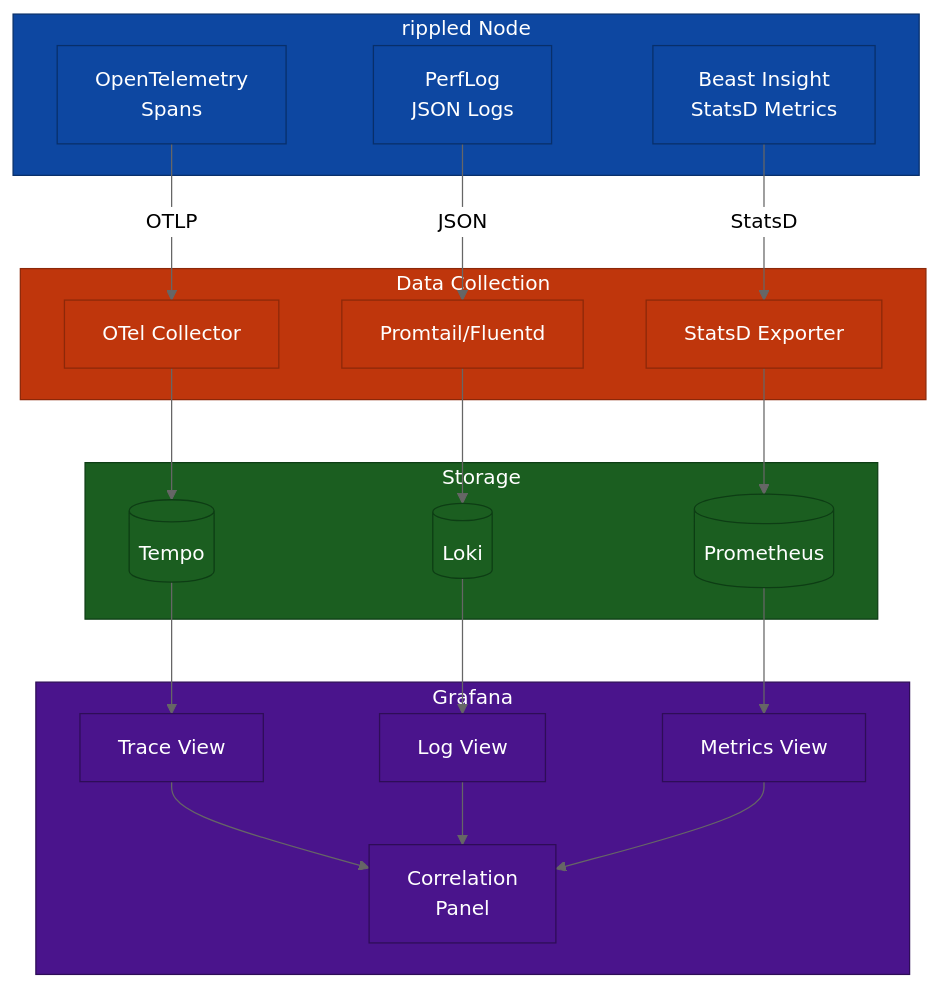
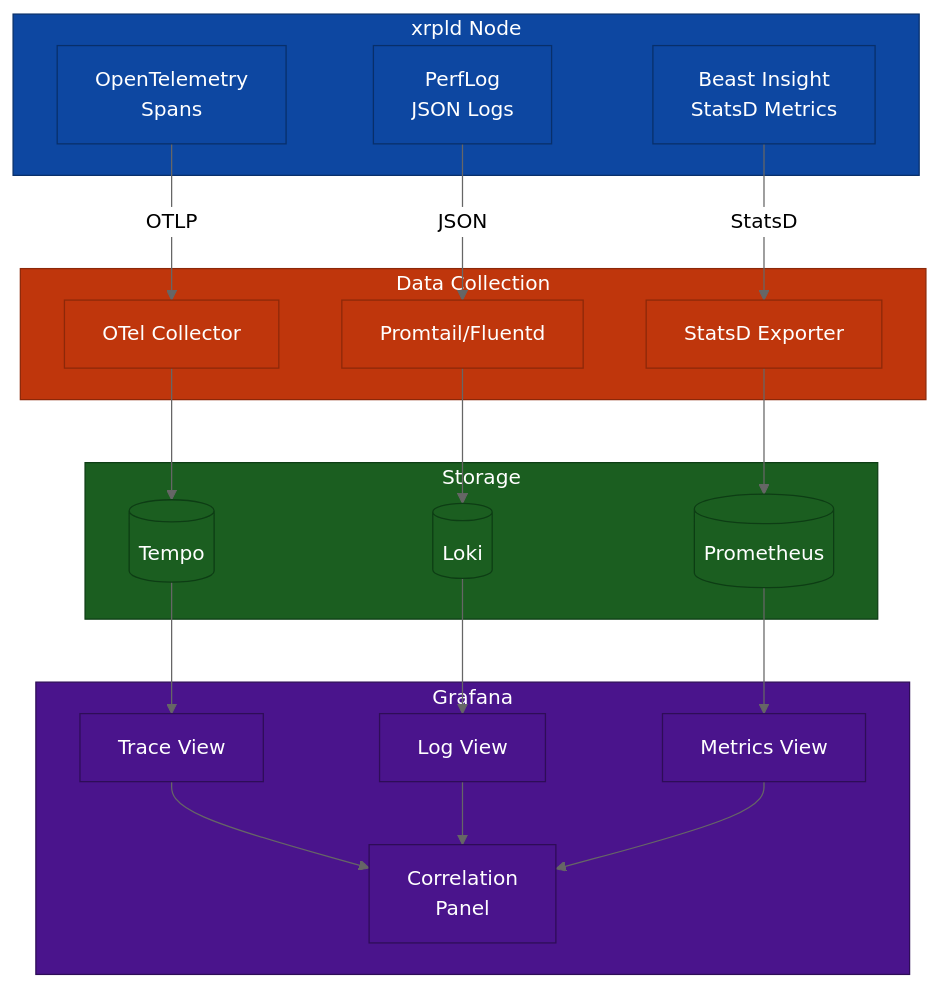
Before and after one commit to XRPLF/rippled: the fourth of 4 diagrams in OpenTelemetryPlan/07-observability-backends.md, drawn with Mermaid (neutral theme). The commit also changed other lines of this file and 10 other files, not shown here.

````diff
--- a/OpenTelemetryPlan/07-observability-backends.md
+++ b/OpenTelemetryPlan/07-observability-backends.md
@@ -443,57 +443,57 @@
 ```mermaid
 flowchart TB
-    subgraph rippled["rippled Node"]
+    subgraph xrpld["xrpld Node"]
         otel[OpenTelemetry<br/>Spans]
         perflog[PerfLog<br/>JSON Logs]
         insight[Beast Insight<br/>StatsD Metrics]
     end
 
     subgraph collectors["Data Collection"]
         otelc[OTel Collector]
         promtail[Promtail/Fluentd]
         statsd[StatsD Exporter]
     end
 
     subgraph storage["Storage"]
         tempo[(Tempo)]
         loki[(Loki)]
         prom[(Prometheus)]
     end
 
     subgraph grafana["Grafana"]
         traces[Trace View]
         logs[Log View]
         metrics[Metrics View]
         corr[Correlation<br/>Panel]
     end
 
     otel -->|OTLP| otelc --> tempo
     perflog -->|JSON| promtail --> loki
     insight -->|StatsD| statsd --> prom
 
     tempo --> traces
     loki --> logs
     prom --> metrics
 
     traces --> corr
     logs --> corr
     metrics --> corr
 
-    style rippled fill:#0d47a1,stroke:#082f6a,color:#fff
+    style xrpld fill:#0d47a1,stroke:#082f6a,color:#fff
     style collectors fill:#bf360c,stroke:#8c2809,color:#fff
     style storage fill:#1b5e20,stroke:#0d3d14,color:#fff
     style grafana fill:#4a148c,stroke:#2e0d57,color:#fff
     style otel fill:#0d47a1,stroke:#082f6a,color:#fff
     style perflog fill:#0d47a1,stroke:#082f6a,color:#fff
     style insight fill:#0d47a1,stroke:#082f6a,color:#fff
     style otelc fill:#bf360c,stroke:#8c2809,color:#fff
     style promtail fill:#bf360c,stroke:#8c2809,color:#fff
     style statsd fill:#bf360c,stroke:#8c2809,color:#fff
     style tempo fill:#1b5e20,stroke:#0d3d14,color:#fff
     style loki fill:#1b5e20,stroke:#0d3d14,color:#fff
     style prom fill:#1b5e20,stroke:#0d3d14,color:#fff
     style traces fill:#4a148c,stroke:#2e0d57,color:#fff
     style logs fill:#4a148c,stroke:#2e0d57,color:#fff
     style metrics fill:#4a148c,stroke:#2e0d57,color:#fff
     style corr fill:#4a148c,stroke:#2e0d57,color:#fff
 ```
````
